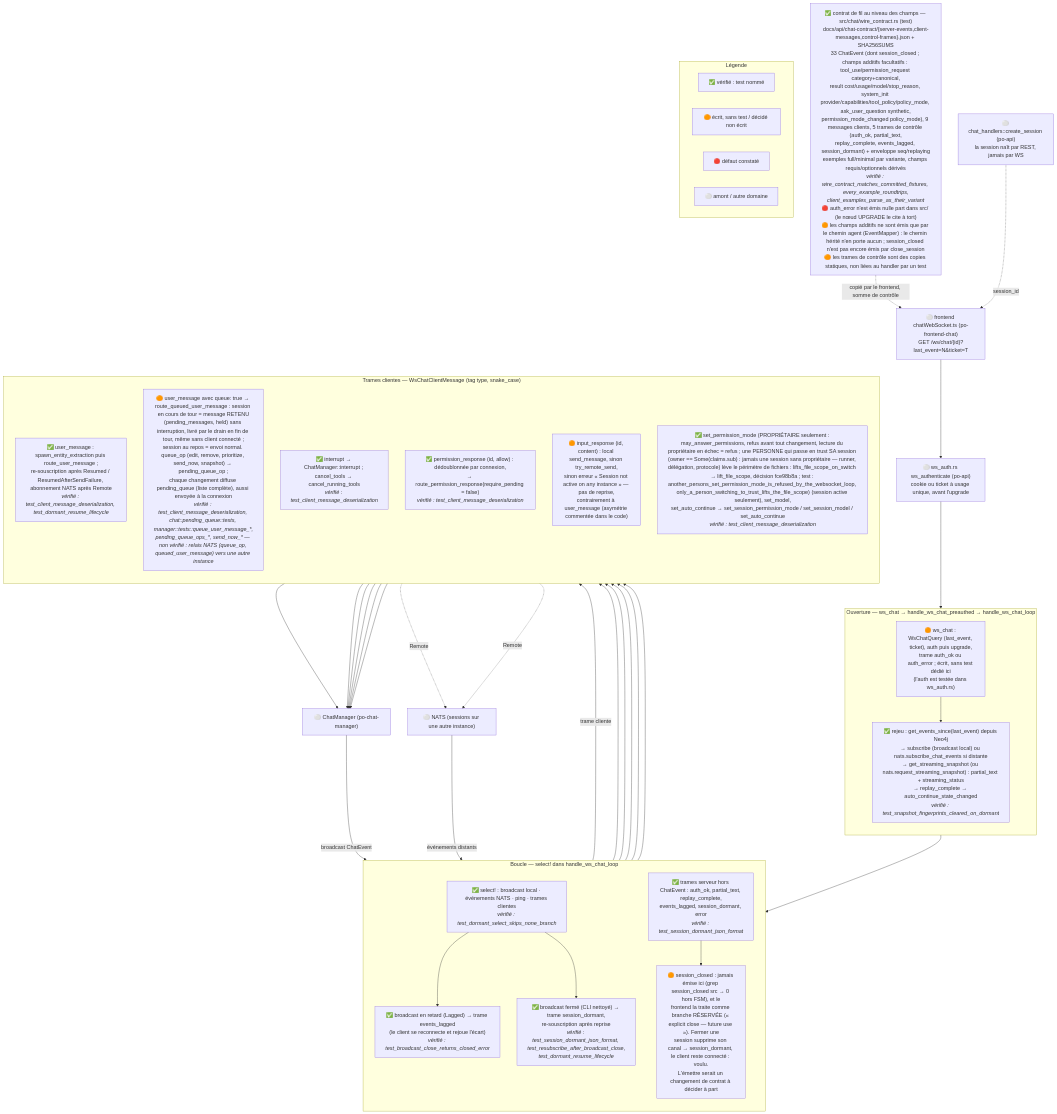
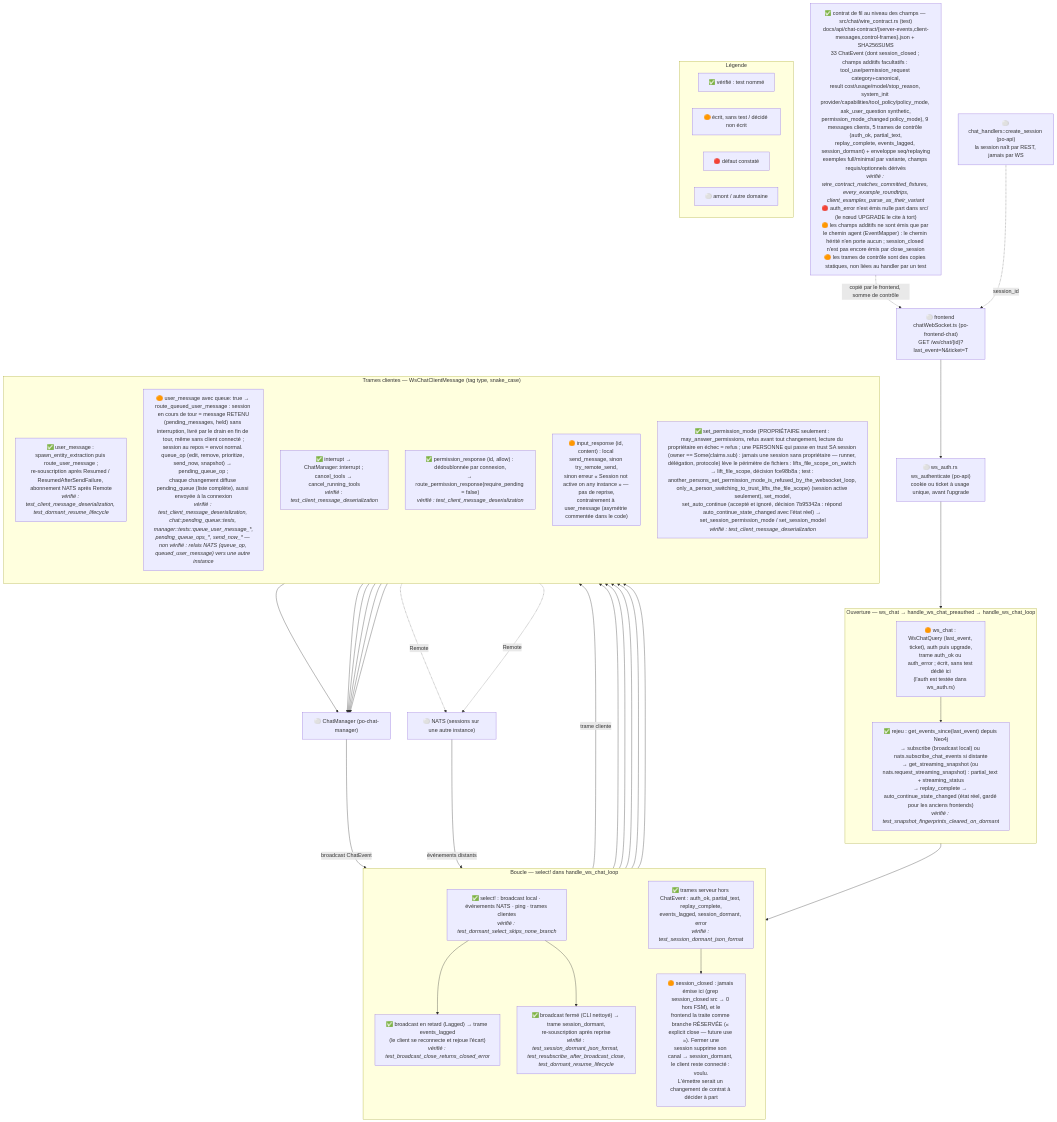
Before and after one commit to DerKodex-Repo-Curator/project-orchestrator: the diagram in docs/diagrams/po-chat-transport.mmd, drawn with Mermaid. The commit also changed 17 other files, not shown here.

```diff
--- a/docs/diagrams/po-chat-transport.mmd
+++ b/docs/diagrams/po-chat-transport.mmd
@@ -1,95 +1,95 @@
 %% name: po-chat-transport
 %% covers: backend:src/api/{ws_chat_handler,refs_ws_tests}.rs backend:src/chat/wire_contract.rs
 %% verified: 878281ca
 %% ---
 %% PROUVE : le transport WebSocket du chat — /ws/chat/{session_id} — tel que le code
 %%   le fait au sha d42312a2 (relu le 2026-10-02) : authentification avant l'upgrade,
 %%   rejeu depuis last_event, instantané de flux, boucle select!, et le routage de
 %%   chaque trame cliente vers ChatManager.
 %% ---
 %% SOURCES LUES (backend@d42312a2) :
 %%   src/api/ws_chat_handler.rs — ws_chat, handle_ws_chat_preauthed, handle_ws_chat_loop,
 %%                                WsChatQuery, WsChatClientMessage, spawn_entity_extraction
 %%   src/api/ws_auth.rs         — ws_authenticate (po-api, non couvert ici)
 %%   src/chat/manager.rs        — get_events_since, subscribe, get_streaming_snapshot,
 %%                                get_auto_continue_state, route_user_message, route_permission_response,
 %%                                try_remote_send, is_session_active (po-chat-manager)
 %%   Commandes : grep -rn session_closed src → 0 hors src/protocol (FSM) ;
 %%               grep -n 'InputResponse' src/api/ws_chat_handler.rs → « no resume for responses »
 %% ---
 %% NON ETABLI :
 %%   le chemin NATS (session sur une autre instance) n'est pas testé contre un NATS réel ;
 %%   ws_authenticate est relu dans po-api, pas ici.
 %% ---
 %% LEGENDE
 %%   ✅ vérifié (le nœud dit par quel test)  🟠 écrit, sans test / décidé non écrit
 %%   🔴 défaut constaté (raison dans le nœud)  ⚪ amont ou autre domaine
 
 flowchart TD
     subgraph legend["Légende"]
         direction LR
         L1["✅ vérifié : test nommé"]
         L2["🟠 écrit, sans test / décidé non écrit"]
         L3["🔴 défaut constaté"]
         L4["⚪ amont / autre domaine"]
     end
 
     FRONT["⚪ frontend chatWebSocket.ts (po-frontend-chat)<br/>GET /ws/chat/{id}?last_event=N&ticket=T"]
     AUTH["⚪ ws_auth.rs ws_authenticate (po-api)<br/>cookie ou ticket à usage unique, avant l'upgrade"]
     MANAGER["⚪ ChatManager (po-chat-manager)"]
     NATS["⚪ NATS (sessions sur une autre instance)"]
     RESTCREATE["⚪ chat_handlers::create_session (po-api)<br/>la session naît par REST, jamais par WS"]
 
     subgraph open["Ouverture — ws_chat → handle_ws_chat_preauthed → handle_ws_chat_loop"]
         direction TB
         UPGRADE["🟠 ws_chat : WsChatQuery (last_event, ticket), auth puis upgrade,<br/>trame auth_ok ou auth_error ; écrit, sans test dédié ici<br/>(l'auth est testée dans ws_auth.rs)"]
-        REPLAY["✅ rejeu : get_events_since(last_event) depuis Neo4j<br/>→ subscribe (broadcast local) ou nats.subscribe_chat_events si distante<br/>→ get_streaming_snapshot (ou nats.request_streaming_snapshot) : partial_text + streaming_status<br/>→ replay_complete → auto_continue_state_changed<br/><i>vérifié : test_snapshot_fingerprints_cleared_on_dormant</i>"]
+        REPLAY["✅ rejeu : get_events_since(last_event) depuis Neo4j<br/>→ subscribe (broadcast local) ou nats.subscribe_chat_events si distante<br/>→ get_streaming_snapshot (ou nats.request_streaming_snapshot) : partial_text + streaming_status<br/>→ replay_complete → auto_continue_state_changed (état réel, gardé pour les anciens frontends)<br/><i>vérifié : test_snapshot_fingerprints_cleared_on_dormant</i>"]
         UPGRADE --> REPLAY
     end
 
     CONTRACT["✅ contrat de fil au niveau des champs — src/chat/wire_contract.rs (test)<br/>docs/api/chat-contract/{server-events,client-messages,control-frames}.json + SHA256SUMS<br/>33 ChatEvent (dont session_closed ; champs additifs facultatifs : tool_use/permission_request category+canonical,<br/>result cost/usage/model/stop_reason, system_init provider/capabilities/tool_policy/policy_mode, ask_user_question synthetic,<br/>permission_mode_changed policy_mode), 9 messages clients, 5 trames de contrôle (auth_ok, partial_text,<br/>replay_complete, events_lagged, session_dormant) + enveloppe seq/replaying<br/>exemples full/minimal par variante, champs requis/optionnels dérivés<br/><i>vérifié : wire_contract_matches_committed_fixtures, every_example_roundtrips,<br/>client_examples_parse_as_their_variant</i><br/>🔴 auth_error n'est émis nulle part dans src/ (le nœud UPGRADE le cite à tort)<br/>🟠 les champs additifs ne sont émis que par le chemin agent (EventMapper) : le chemin hérité n'en porte aucun ; session_closed n'est pas encore émis par close_session<br/>🟠 les trames de contrôle sont des copies statiques, non liées au handler par un test"]
     CONTRACT -.->|"copié par le frontend, somme de contrôle"| FRONT
 
     FRONT --> AUTH --> UPGRADE
     RESTCREATE -.->|"session_id"| FRONT
 
     subgraph loop["Boucle — select! dans handle_ws_chat_loop"]
         direction TB
         SELECT["✅ select! : broadcast local · événements NATS · ping · trames clientes<br/><i>vérifié : test_dormant_select_skips_none_branch</i>"]
         LAG["✅ broadcast en retard (Lagged) → trame events_lagged<br/>(le client se reconnecte et rejoue l'écart)<br/><i>vérifié : test_broadcast_close_returns_closed_error</i>"]
         DORMANT["✅ broadcast fermé (CLI nettoyé) → trame session_dormant,<br/>re-souscription après reprise<br/><i>vérifié : test_session_dormant_json_format, test_resubscribe_after_broadcast_close,<br/>test_dormant_resume_lifecycle</i>"]
         FRAMES["✅ trames serveur hors ChatEvent : auth_ok, partial_text, replay_complete,<br/>events_lagged, session_dormant, error<br/><i>vérifié : test_session_dormant_json_format</i>"]
         NOCLOSED["🟠 session_closed : jamais émise ici (grep session_closed src → 0 hors FSM), et le<br/>frontend la traite comme branche RÉSERVÉE (« explicit close — future use »). Fermer une<br/>session supprime son canal → session_dormant, le client reste connecté : voulu.<br/>L'émettre serait un changement de contrat à décider à part"]
         SELECT --> LAG
         SELECT --> DORMANT
         FRAMES --> NOCLOSED
     end
 
     REPLAY --> SELECT
     MANAGER -->|"broadcast ChatEvent"| SELECT
     NATS -->|"événements distants"| SELECT
 
     subgraph client["Trames clientes — WsChatClientMessage (tag type, snake_case)"]
         direction TB
         USERMSG["✅ user_message : spawn_entity_extraction puis route_user_message ;<br/>re-souscription après Resumed / ResumedAfterSendFailure, abonnement NATS après Remote<br/><i>vérifié : test_client_message_deserialization, test_dormant_resume_lifecycle</i>"]
         QUEUED["🟠 user_message avec queue: true → route_queued_user_message : session en cours de tour = message RETENU<br/>(pending_messages, held) sans interruption, livré par le drain en fin de tour, même sans client connecté ;<br/>session au repos = envoi normal. queue_op (edit, remove, prioritize, send_now, snapshot) → pending_queue_op ;<br/>chaque changement diffuse pending_queue (liste complète), aussi envoyée à la connexion<br/><i>vérifié : test_client_message_deserialization, chat::pending_queue::tests, manager::tests::queue_user_message_*,<br/>pending_queue_ops_*, send_now_* — non vérifié : relais NATS (queue_op, queued_user_message) vers une autre instance</i>"]
         INTERRUPT["✅ interrupt → ChatManager::interrupt ; cancel_tools → cancel_running_tools<br/><i>vérifié : test_client_message_deserialization</i>"]
         PERMRESP["✅ permission_response (id, allow) : dédoublonnée par connexion,<br/>→ route_permission_response(require_pending = false)<br/><i>vérifié : test_client_message_deserialization</i>"]
         INPUTRESP["🟠 input_response (id, content) : local send_message, sinon try_remote_send,<br/>sinon erreur « Session not active on any instance » — pas de reprise,<br/>contrairement à user_message (asymétrie commentée dans le code)"]
-        SETTINGS["✅ set_permission_mode (PROPRIÉTAIRE seulement : may_answer_permissions, refus avant tout changement, lecture du propriétaire en échec = refus ; une PERSONNE qui passe en trust SA session (owner == Some(claims.sub) : jamais une session sans propriétaire — runner, délégation, protocole) lève le périmètre de fichiers : lifts_file_scope_on_switch → lift_file_scope, décision fce98b8a ; test : another_persons_set_permission_mode_is_refused_by_the_websocket_loop, only_a_person_switching_to_trust_lifts_the_file_scope) (session active seulement), set_model,<br/>set_auto_continue → set_session_permission_mode / set_session_model / set_auto_continue<br/><i>vérifié : test_client_message_deserialization</i>"]
+        SETTINGS["✅ set_permission_mode (PROPRIÉTAIRE seulement : may_answer_permissions, refus avant tout changement, lecture du propriétaire en échec = refus ; une PERSONNE qui passe en trust SA session (owner == Some(claims.sub) : jamais une session sans propriétaire — runner, délégation, protocole) lève le périmètre de fichiers : lifts_file_scope_on_switch → lift_file_scope, décision fce98b8a ; test : another_persons_set_permission_mode_is_refused_by_the_websocket_loop, only_a_person_switching_to_trust_lifts_the_file_scope) (session active seulement), set_model,<br/>set_auto_continue (accepté et ignoré, décision 7b95342a : répond auto_continue_state_changed avec l'état réel) → set_session_permission_mode / set_session_model<br/><i>vérifié : test_client_message_deserialization</i>"]
     end
 
     SELECT -->|"trame cliente"| USERMSG
     SELECT --> QUEUED
     SELECT --> INTERRUPT
     SELECT --> PERMRESP
     SELECT --> INPUTRESP
     SELECT --> SETTINGS
     USERMSG --> MANAGER
     QUEUED --> MANAGER
     INTERRUPT --> MANAGER
     PERMRESP --> MANAGER
     INPUTRESP --> MANAGER
     SETTINGS --> MANAGER
     USERMSG -.->|"Remote"| NATS
     PERMRESP -.->|"Remote"| NATS
```
